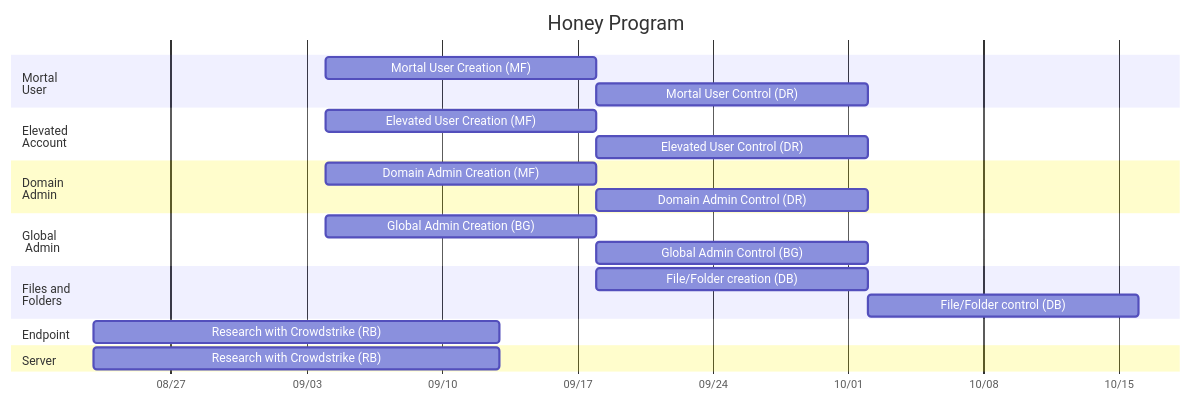
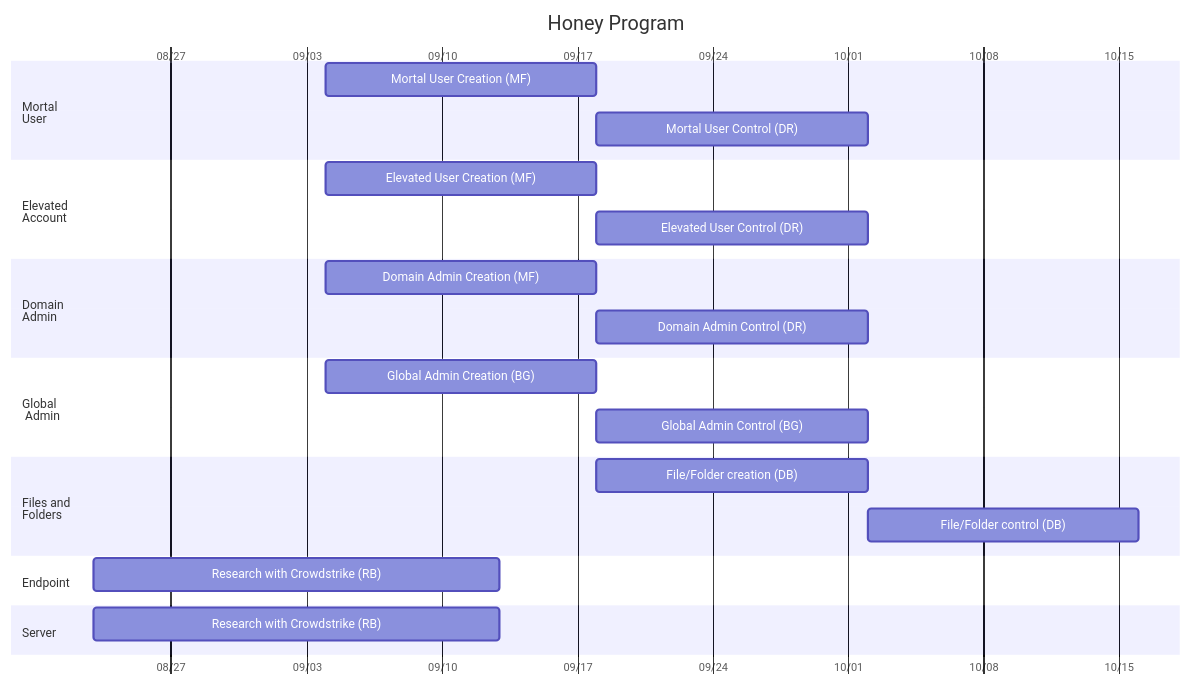
The diagram in Honey.md (stahler/MermaidDiagrams), drawn with Mermaid before and after one commit.

Commit message:
Update format

````diff
--- a/Honey.md
+++ b/Honey.md
@@ -1,42 +1,46 @@
 ```mermaid
-%%{init:
-    {
-        "theme":"neutral"
-        "gantt":{"topAxis":"true"}
+%%{init:{
+    "gantt":{
+        "titleTopMargin":20,
+        "numberSectionStyles":2,
+        "topAxis":"true",
+        "barHeight":30,
+        "barGap":15
     }
-}%%
+}}%%
+
 gantt
     title Honey Program
     dateFormat  YYYY-MM-DD
     todayMarker stroke-width:5px,stroke:green,opacity:0.5
     tickInterval 1week
     axisFormat %m/%d
-    %% excludes    Weekends
+    %% excludes 2023-09-04, Weekends
     
 section Mortal<br>User
 Mortal User Creation (MF)       :m1,2023-09-04,2w
 Mortal User Control (DR)        :after m1,2w
 
 section Elevated<br>Account
 Elevated User Creation (MF)     :e1,2023-09-04,2w
 Elevated User Control (DR)      :after e1,2w
 
 section Domain<br>Admin
 Domain Admin Creation (MF)      :d1,2023-09-04,2w
 Domain Admin Control (DR)       :after d1,2w
 
 section Global<br> Admin
 Global Admin Creation (BG)      :g1,2023-09-04,2w
 Global Admin Control (BG)       :after g1,2w
 
 section Files and<br>Folders
 File/Folder creation (DB)       :f1,2023-09-18,2w
 File/Folder control (DB)        :after f1,2w
 
 section Endpoint
 Research with Crowdstrike (RB)  :2023-08-23, 3w
 
 section Server
 Research with Crowdstrike (RB)  :2023-08-23, 3w
 
 ```
````
